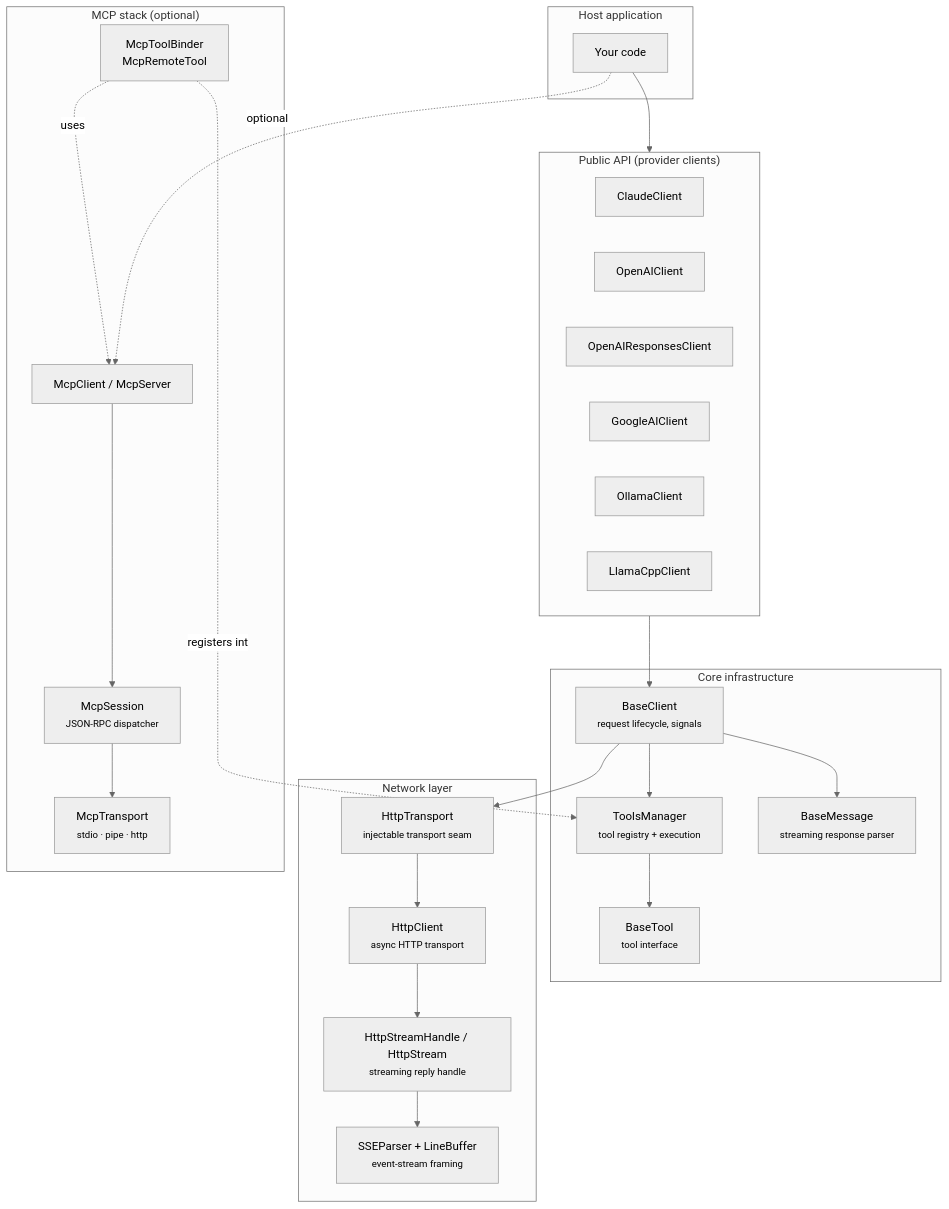
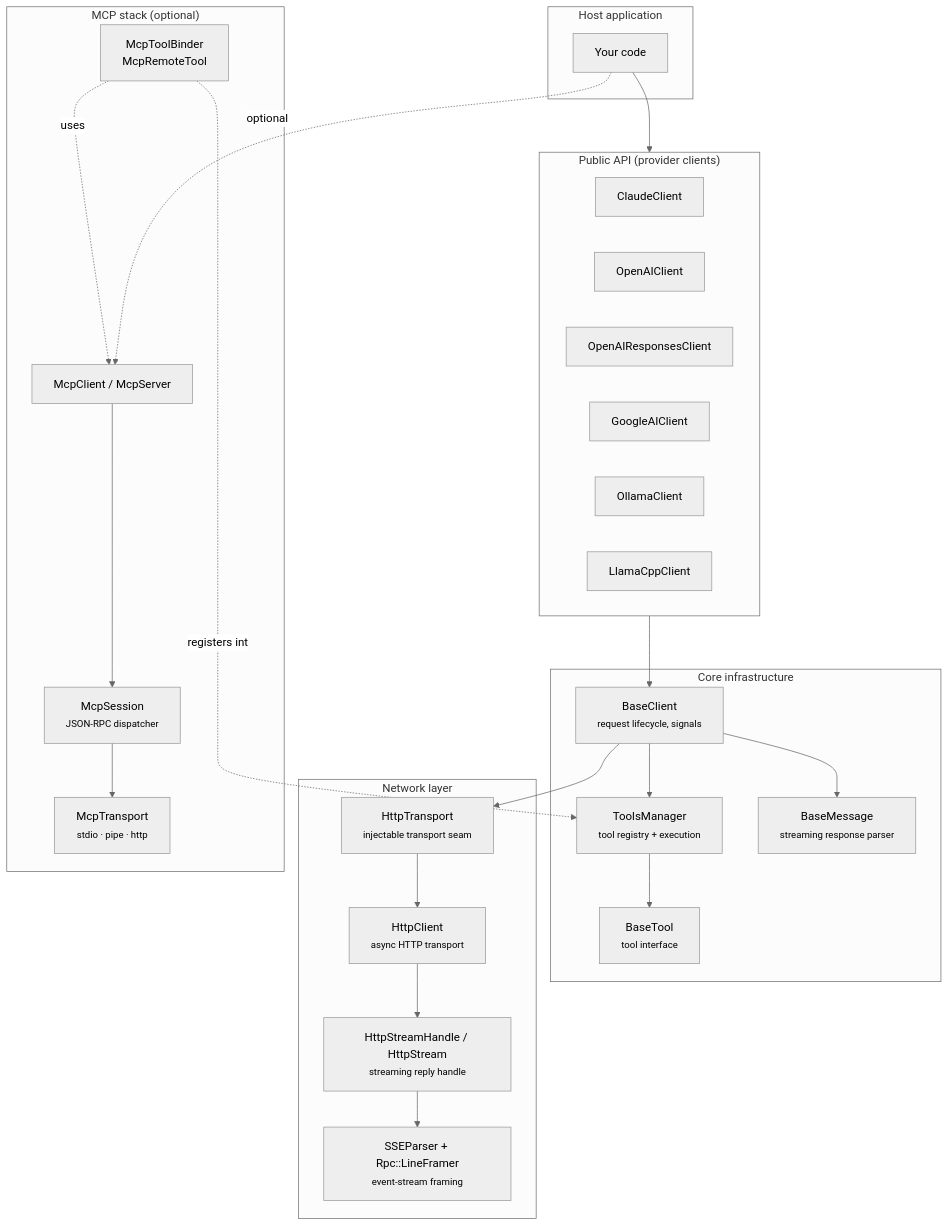
One commit to Palm1r/llmcore changed the diagram in docs/architecture/overview.md. Above: the diagram before and after it, drawn with Mermaid (neutral theme). The commit also changed other lines of this file and 95 other files, not shown here.

First line of the commit message:
refactor: architecture review (#27)

````diff
--- a/docs/architecture/overview.md
+++ b/docs/architecture/overview.md
@@ -10,52 +10,52 @@
 ```mermaid
 flowchart TD
     subgraph User["Host application"]
         APP["Your code"]
     end
 
     subgraph Public["Public API (provider clients)"]
         CC["ClaudeClient"]
         OC["OpenAIClient"]
         OR["OpenAIResponsesClient"]
         GC["GoogleAIClient"]
         OL["OllamaClient"]
         LC["LlamaCppClient"]
     end
 
     subgraph Core["Core infrastructure"]
         BC["BaseClient<br/><small>request lifecycle, signals</small>"]
         TM["ToolsManager<br/><small>tool registry + execution</small>"]
         BM["BaseMessage<br/><small>streaming response parser</small>"]
         BT["BaseTool<br/><small>tool interface</small>"]
     end
 
     subgraph Network["Network layer"]
         HT["HttpTransport<br/><small>injectable transport seam</small>"]
         HC["HttpClient<br/><small>async HTTP transport</small>"]
         HS["HttpStreamHandle / HttpStream<br/><small>streaming reply handle</small>"]
-        SSE["SSEParser + LineBuffer<br/><small>event-stream framing</small>"]
+        SSE["SSEParser + Rpc::LineFramer<br/><small>event-stream framing</small>"]
     end
 
     subgraph MCP["MCP stack (optional)"]
         MC["McpClient / McpServer"]
         MCPS["McpSession<br/><small>JSON-RPC dispatcher</small>"]
         MT["McpTransport<br/><small>stdio · pipe · http</small>"]
         MTB["McpToolBinder<br/>McpRemoteTool"]
     end
 
     APP --> Public
     Public --> BC
     BC --> BM
     BC --> TM
     BC --> HT
     HT --> HC
     HC --> HS
     HS --> SSE
     TM --> BT
 
     APP -.optional.-> MC
     MC --> MCPS
     MCPS --> MT
     MTB -.registers into.-> TM
     MTB -.uses.-> MC
 ```
````
